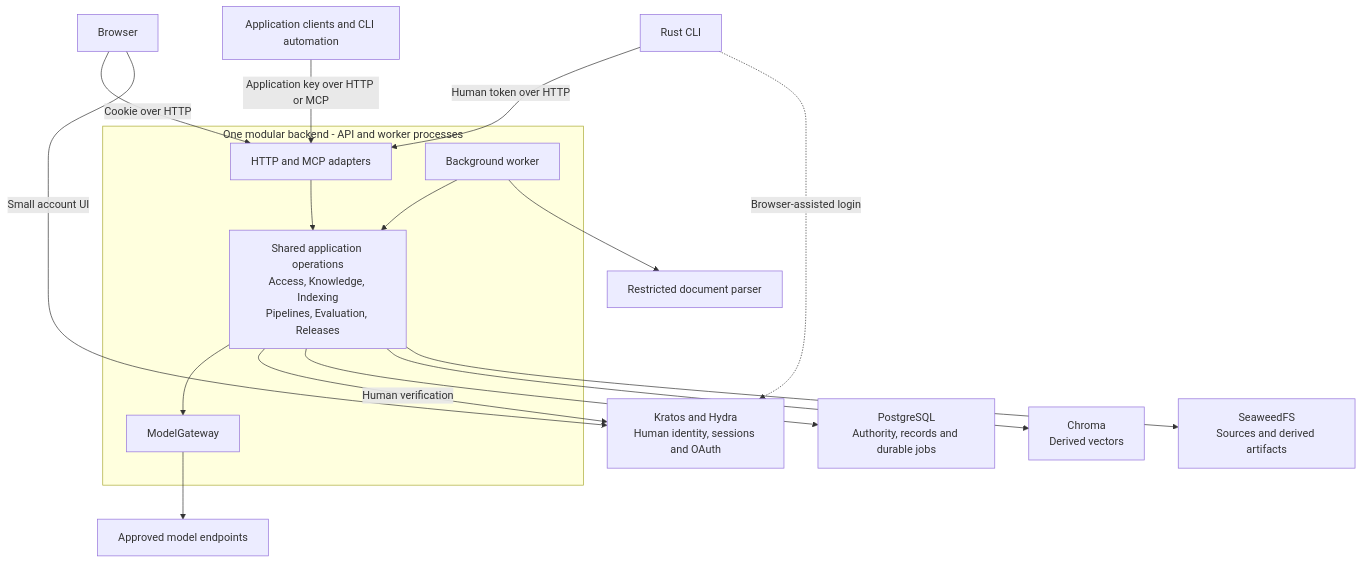
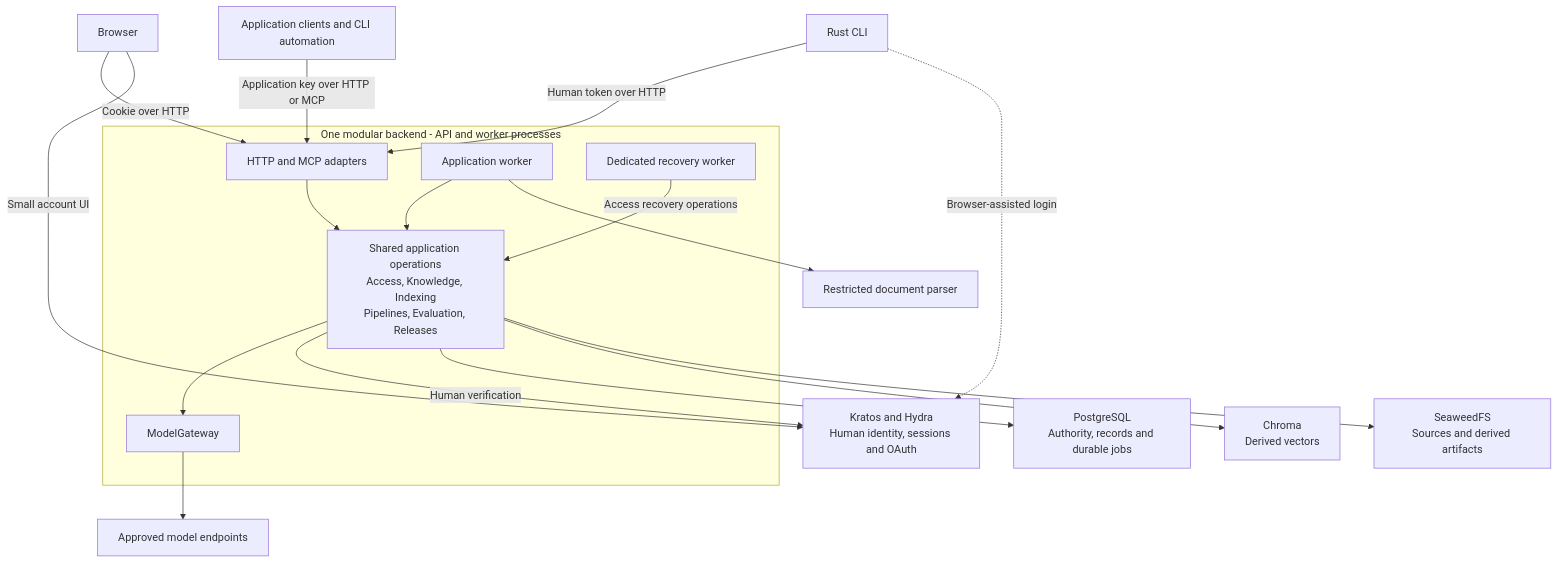
Before and after one commit to matejpalenik/inframeld: the diagram in .agents/skills/inframeld-architecture/references/system-overview.md, drawn with Mermaid. The commit also changed other lines of this file and 92 other files, not shown here.

Commit message:
feat(access): finish account recovery with durable cleanup

````diff
--- a/.agents/skills/inframeld-architecture/references/system-overview.md
+++ b/.agents/skills/inframeld-architecture/references/system-overview.md
@@ -19,27 +19,29 @@
 ```mermaid
 flowchart TB
     Browser["Browser"]
     CLI["Rust CLI"]
     Apps["Application clients and CLI automation"]
     Ory["Kratos and Hydra<br/>Human identity, sessions and OAuth"]
     subgraph Backend["One modular backend - API and worker processes"]
         API["HTTP and MCP adapters"]
-        Worker["Background worker"]
+        Worker["Application worker"]
+        RecoveryWorker["Dedicated recovery worker"]
         Operations["Shared application operations<br/>Access, Knowledge, Indexing<br/>Pipelines, Evaluation, Releases"]
         Gateway["ModelGateway"]
         API --> Operations
         Worker --> Operations
+        RecoveryWorker -->|"Access recovery operations"| Operations
         Operations --> Gateway
     end
     Browser -->|"Cookie over HTTP"| API
     CLI -->|"Human token over HTTP"| API
     Apps -->|"Application key over HTTP or MCP"| API
     Browser -->|"Small account UI"| Ory
     CLI -.->|"Browser-assisted login"| Ory
     Operations -->|"Human verification"| Ory
     Operations --> PostgreSQL["PostgreSQL<br/>Authority, records and durable jobs"]
     Operations --> Chroma["Chroma<br/>Derived vectors"]
     Operations --> Artifacts["SeaweedFS<br/>Sources and derived artifacts"]
     Worker --> Parser["Restricted document parser"]
     Gateway --> Models["Approved model endpoints"]
 ```
````
